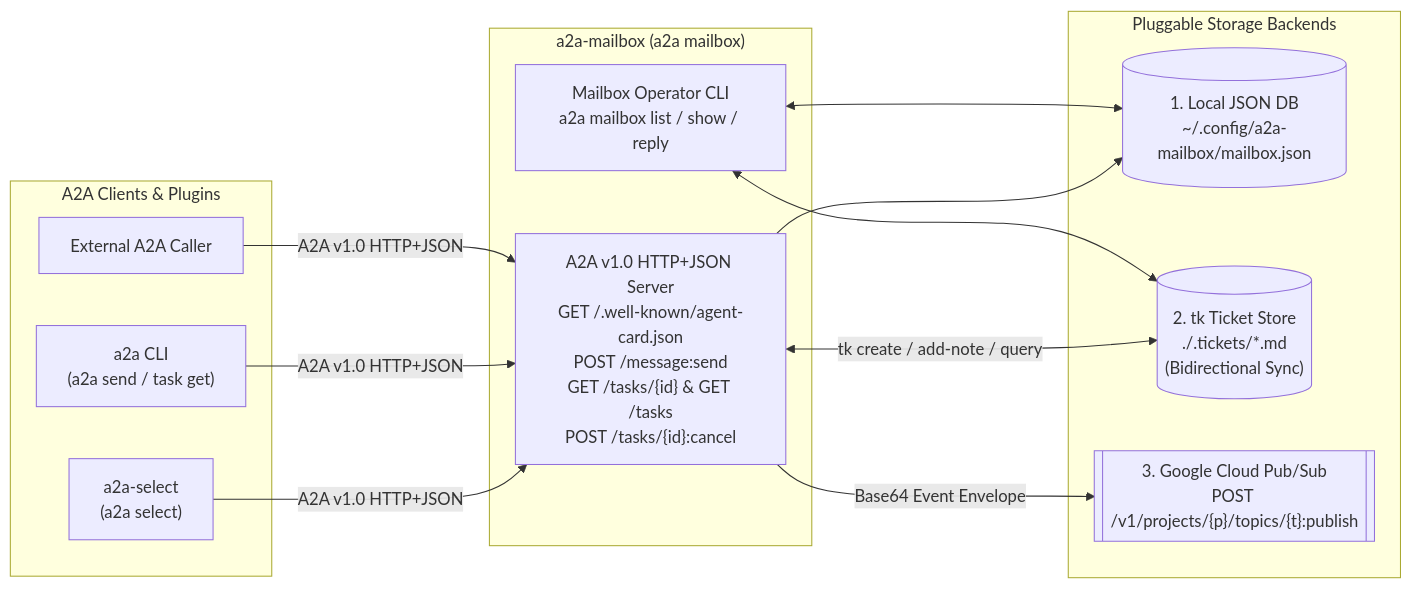
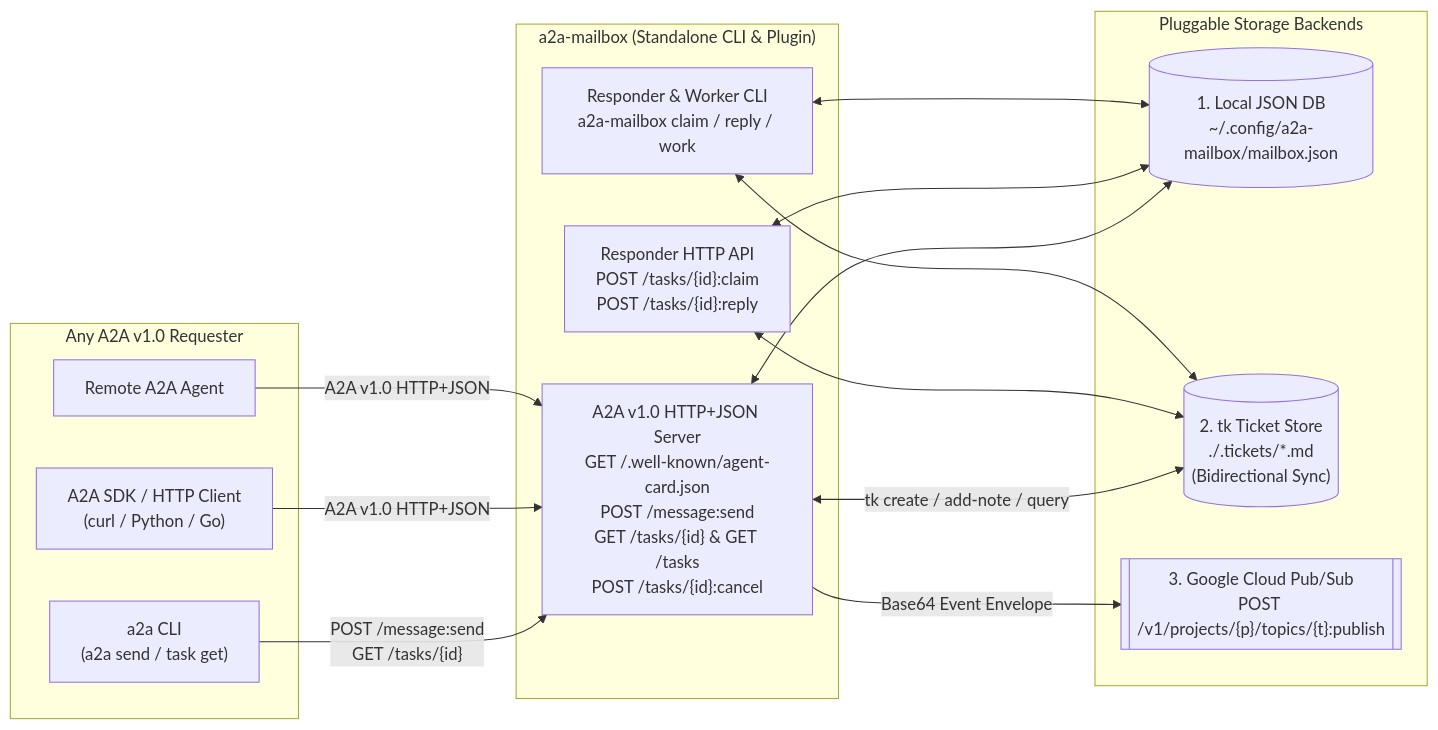
The first of 4 diagrams in README.md (msampathkumar/a2a-mailbox), drawn with Mermaid before and after one commit. The commit also changed other lines of this file and 13 other files, not shown here.

````diff
--- a/README.md
+++ b/README.md
@@ -24,29 +28,33 @@
 ```mermaid
 flowchart LR
-    subgraph Clients["A2A Clients & Plugins"]
-        Select["a2a-select\n(a2a select)"]
+    subgraph Requesters["Any A2A v1.0 Requester"]
         A2ACLI["a2a CLI\n(a2a send / task get)"]
-        RemoteAgent["External A2A Caller"]
+        SDK["A2A SDK / HTTP Client\n(curl / Python / Go)"]
+        RemoteAgent["Remote A2A Agent"]
     end
 
-    subgraph Mailbox["a2a-mailbox (a2a mailbox)"]
+    subgraph Mailbox["a2a-mailbox (Standalone CLI & Plugin)"]
         HTTP["A2A v1.0 HTTP+JSON Server\nGET /.well-known/agent-card.json\nPOST /message:send\nGET /tasks/{id} & GET /tasks\nPOST /tasks/{id}:cancel"]
-        AdminCLI["Mailbox Operator CLI\na2a mailbox list / show / reply"]
+        RespHTTP["Responder HTTP API\nPOST /tasks/{id}:claim\nPOST /tasks/{id}:reply"]
+        WorkerCLI["Responder & Worker CLI\na2a-mailbox claim / reply / work"]
     end
 
     subgraph Backends["Pluggable Storage Backends"]
         DB[("1. Local JSON DB\n~/.config/a2a-mailbox/mailbox.json")]
         TK[("2. tk Ticket Store\n./.tickets/*.md\n(Bidirectional Sync)")]
         PubSub[["3. Google Cloud Pub/Sub\nPOST /v1/projects/{p}/topics/{t}:publish"]]
     end
 
-    Select -->|"A2A v1.0 HTTP+JSON"| HTTP
-    A2ACLI -->|"A2A v1.0 HTTP+JSON"| HTTP
+    A2ACLI -->|"POST /message:send\nGET /tasks/{id}"| HTTP
+    SDK -->|"A2A v1.0 HTTP+JSON"| HTTP
     RemoteAgent -->|"A2A v1.0 HTTP+JSON"| HTTP
 
-    HTTP --> DB
+    HTTP <--> DB
     HTTP <-->|"tk create / add-note / query"| TK
     HTTP -->|"Base64 Event Envelope"| PubSub
-    AdminCLI <--> DB
-    AdminCLI <--> TK
+
+    RespHTTP <--> DB
+    RespHTTP <--> TK
+    WorkerCLI <--> DB
+    WorkerCLI <--> TK
 ```
````
